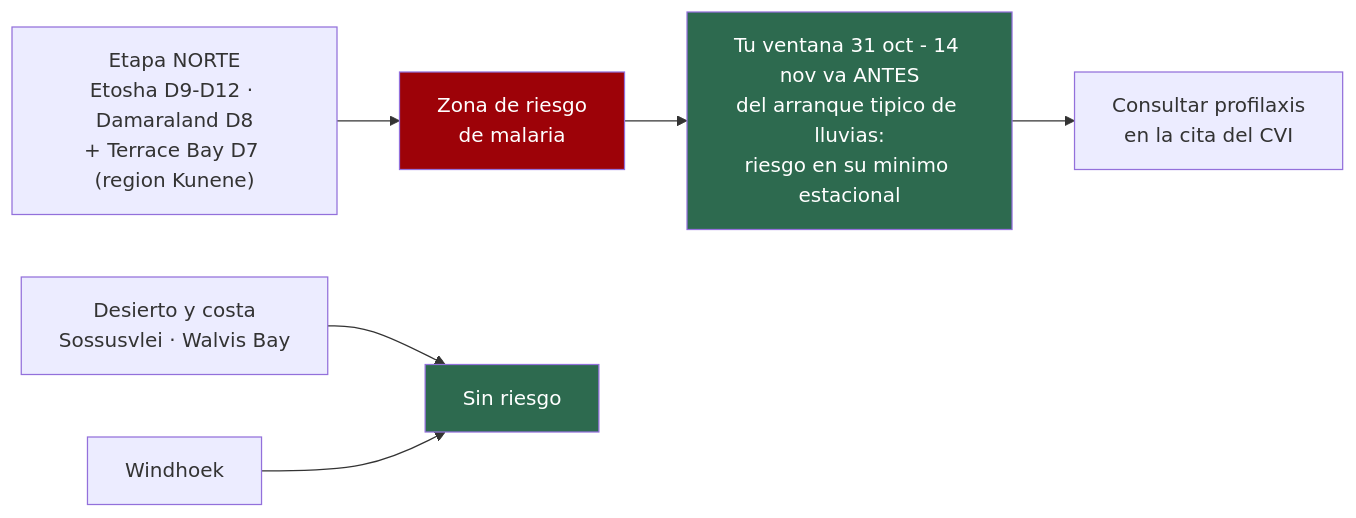
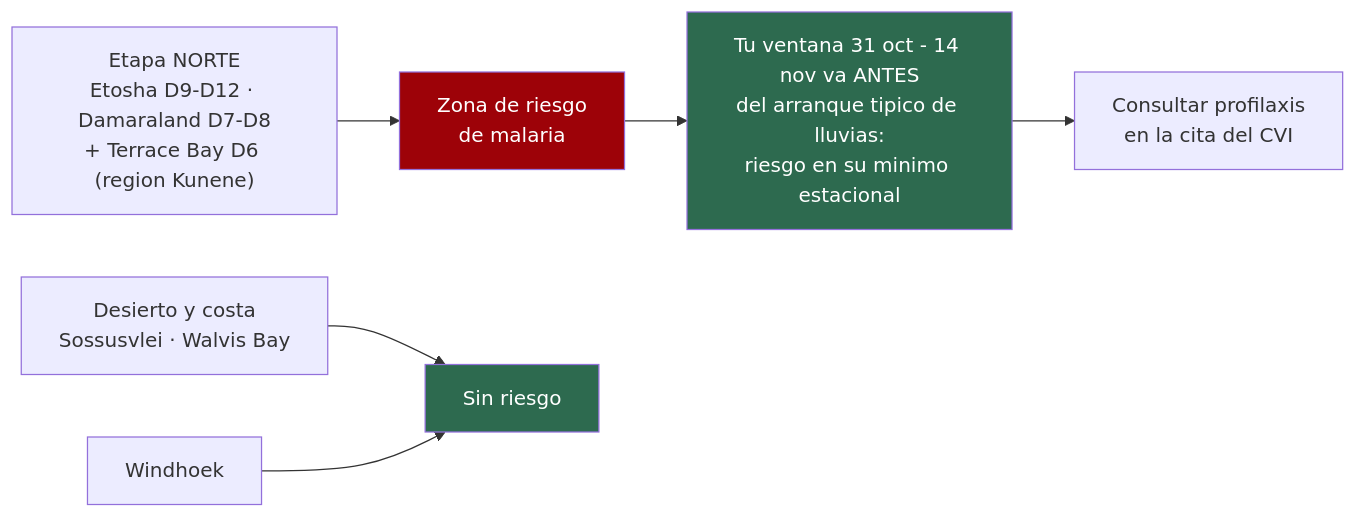
Before and after one commit to morandeirachema/namibia: the first of 5 diagrams in 04-guia-preparacion.md, drawn with Mermaid. The commit also changed other lines of this file and 44 other files, not shown here.

````diff
--- a/04-guia-preparacion.md
+++ b/04-guia-preparacion.md
@@ -26,11 +26,11 @@
 ```mermaid
 flowchart LR
-    N["Etapa NORTE<br/>Etosha D9-D12 · Damaraland D8<br/>+ Terrace Bay D7 (region Kunene)"] --> R["Zona de riesgo<br/>de malaria"]
+    N["Etapa NORTE<br/>Etosha D9-D12 · Damaraland D7-D8<br/>+ Terrace Bay D6 (region Kunene)"] --> R["Zona de riesgo<br/>de malaria"]
     S["Desierto y costa<br/>Sossusvlei · Walvis Bay"] --> NR["Sin riesgo"]
     W["Windhoek"] --> NR
     R --> T["Tu ventana 31 oct - 14 nov va ANTES<br/>del arranque tipico de lluvias:<br/>riesgo en su minimo estacional"]
     T --> P["Consultar profilaxis<br/>en la cita del CVI"]
     style R fill:#9d0208,color:#fff
     style NR fill:#2d6a4f,color:#fff
     style T fill:#2d6a4f,color:#fff
 ```
````
